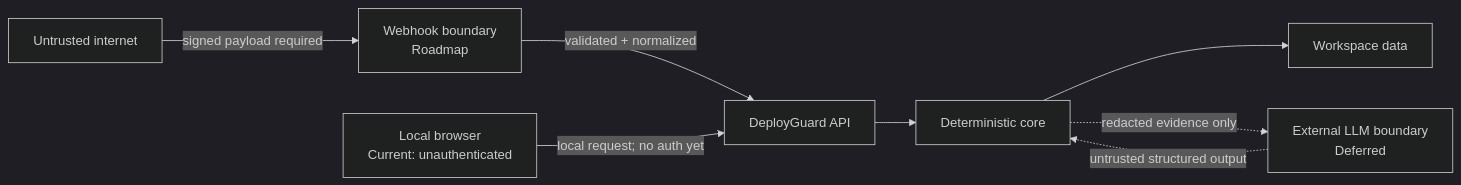
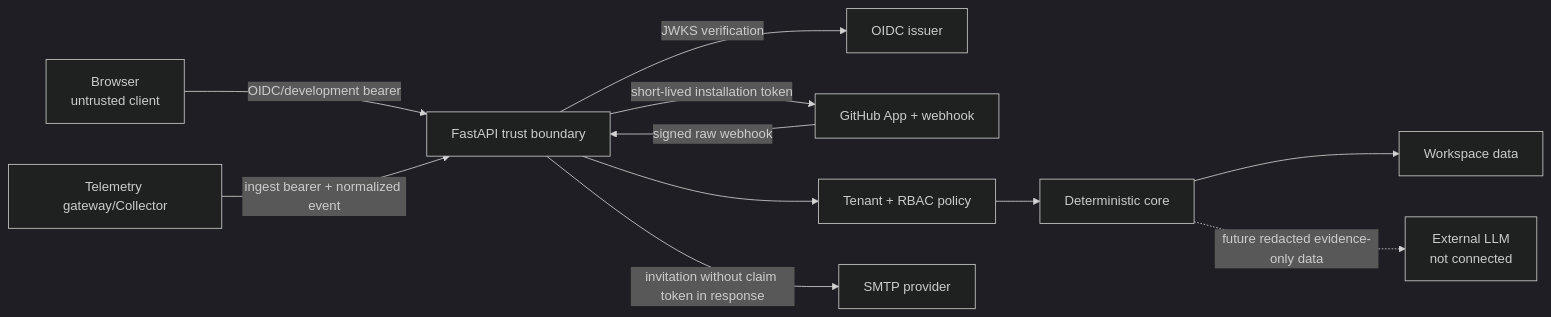
Before and after one commit to kingggg5/deployguardai: the diagram in docs/SECURITY.md, drawn with Mermaid (dark theme). The commit also changed other lines of this file and 54 other files, not shown here.

````diff
--- a/docs/SECURITY.md
+++ b/docs/SECURITY.md
@@ -63,18 +47,22 @@
 ```mermaid
 flowchart LR
-    Internet["Untrusted internet"]
-    Hook["Webhook boundary<br/>Roadmap"]
-    API["DeployGuard API"]
+    Browser["Browser<br/>untrusted client"]
+    OIDC["OIDC issuer"]
+    GitHub["GitHub App + webhook"]
+    Collector["Telemetry gateway/Collector"]
+    API["FastAPI trust boundary"]
+    Tenant["Tenant + RBAC policy"]
     Core["Deterministic core"]
     DB["Workspace data"]
-    Model["External LLM boundary<br/>Deferred"]
-    UI["Local browser<br/>Current: unauthenticated"]
+    SMTP["SMTP provider"]
+    LLM["External LLM<br/>not connected"]
 
-    Internet -->|"signed payload required"| Hook
-    Hook -->|"validated + normalized"| API
-    UI -->|"local request; no auth yet"| API
-    API --> Core
-    Core --> DB
-    Core -.->|"redacted evidence only"| Model
-    Model -.->|"untrusted structured output"| Core
+    Browser -->|"OIDC/development bearer"| API
+    API -->|"JWKS verification"| OIDC
+    GitHub -->|"signed raw webhook"| API
+    API -->|"short-lived installation token"| GitHub
+    Collector -->|"ingest bearer + normalized event"| API
+    API --> Tenant --> Core --> DB
+    API -->|"invitation without claim token in response"| SMTP
+    Core -.->|"future redacted evidence-only data"| LLM
 ```
````
